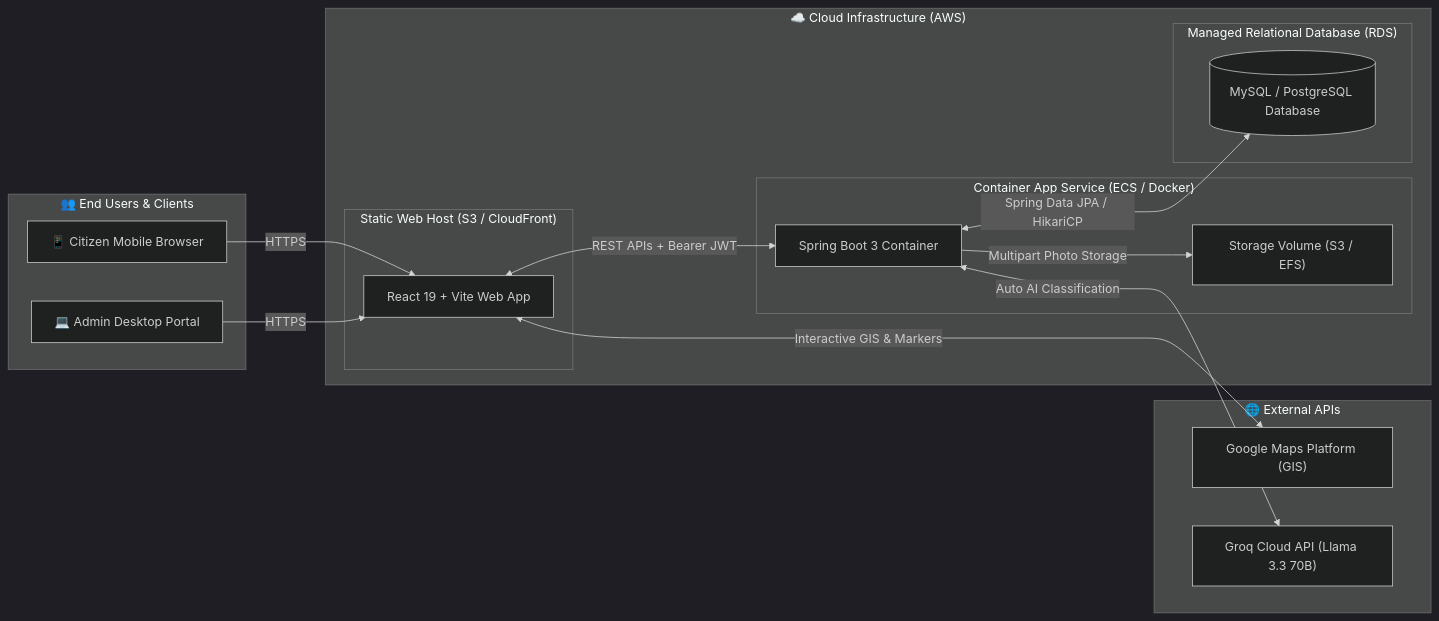
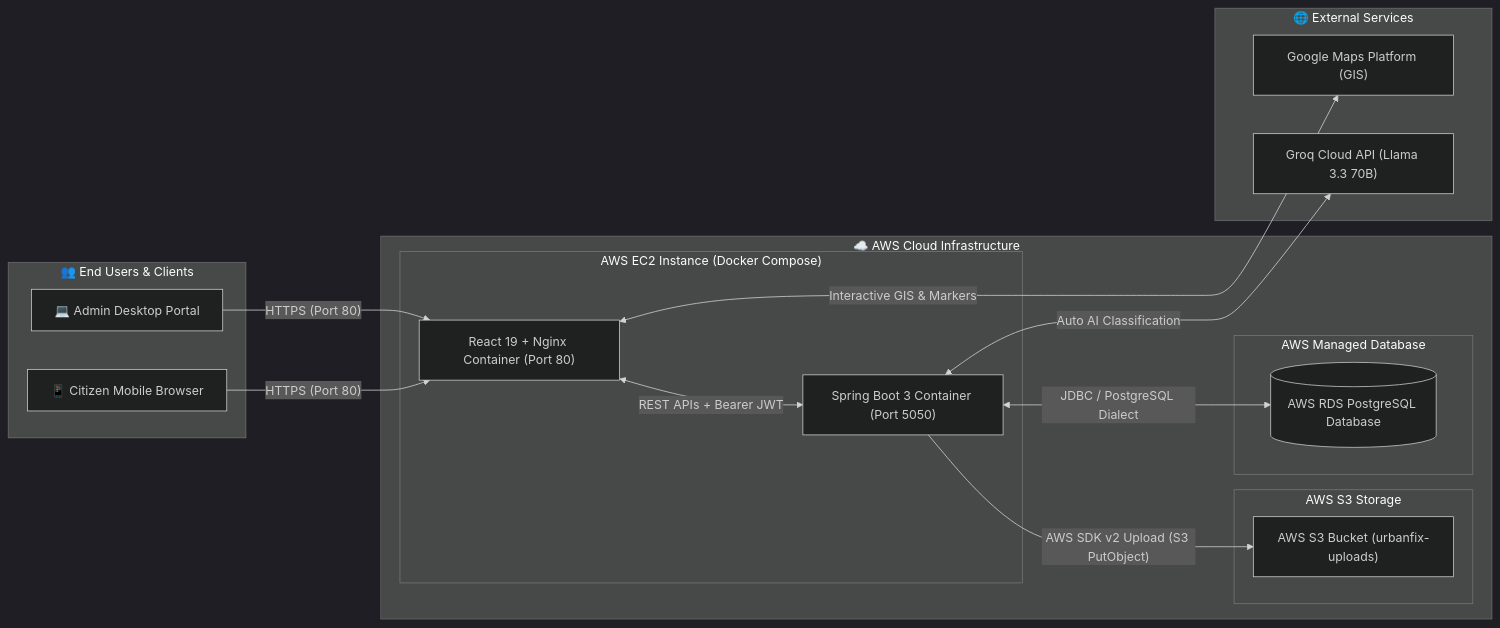
One commit to SHIBAM-GHOSH/UrbanFix changed the fourth of 4 diagrams in README.md. Above: the diagram before and after it, drawn with Mermaid (dark theme). The commit also changed other lines of this file and 2 other files, not shown here.

````diff
--- a/README.md
+++ b/README.md
@@ -226,35 +238,35 @@
 ```mermaid
 flowchart LR
     subgraph Clients ["👥 End Users & Clients"]
         CitizenDev["📱 Citizen Mobile Browser"]
         AdminDev["💻 Admin Desktop Portal"]
     end
 
-    subgraph AWSCloud ["☁️ Cloud Infrastructure (AWS)"]
-        subgraph FrontendApp ["Static Web Host (S3 / CloudFront)"]
-            StaticSite["React 19 + Vite Web App"]
+    subgraph AWSCloud ["☁️ AWS Cloud Infrastructure"]
+        subgraph EC2Host ["AWS EC2 Instance (Docker Compose)"]
+            FrontendContainer["React 19 + Nginx Container (Port 80)"]
+            BackendContainer["Spring Boot 3 Container (Port 5050)"]
         end
 
-        subgraph BackendApp ["Container App Service (ECS / Docker)"]
-            DockerApp["Spring Boot 3 Container"]
-            UploadStore["Storage Volume (S3 / EFS)"]
+        subgraph S3Storage ["AWS S3 Storage"]
+            S3Bucket["AWS S3 Bucket (urbanfix-uploads)"]
         end
 
-        subgraph DatabaseService ["Managed Relational Database (RDS)"]
-            RelationalDB[("MySQL / PostgreSQL Database")]
+        subgraph RDSInstance ["AWS Managed Database"]
+            RDSPostgres[("AWS RDS PostgreSQL Database")]
         end
     end
 
-    subgraph ExternalAPIs ["🌐 External APIs"]
+    subgraph ExternalAPIs ["🌐 External Services"]
         GoogleMapsAPI["Google Maps Platform (GIS)"]
         GroqAIAPI["Groq Cloud API (Llama 3.3 70B)"]
     end
 
-    CitizenDev -->|"HTTPS"| StaticSite
-    AdminDev -->|"HTTPS"| StaticSite
-    StaticSite <-->|"REST APIs + Bearer JWT"| DockerApp
-    StaticSite <-->|"Interactive GIS & Markers"| GoogleMapsAPI
-    DockerApp <-->|"Auto AI Classification"| GroqAIAPI
-    DockerApp -->|"Multipart Photo Storage"| UploadStore
-    DockerApp <-->|"Spring Data JPA / HikariCP"| RelationalDB
+    CitizenDev -->|"HTTPS (Port 80)"| FrontendContainer
+    AdminDev -->|"HTTPS (Port 80)"| FrontendContainer
+    FrontendContainer <-->|"REST APIs + Bearer JWT"| BackendContainer
+    FrontendContainer <-->|"Interactive GIS & Markers"| GoogleMapsAPI
+    BackendContainer <-->|"Auto AI Classification"| GroqAIAPI
+    BackendContainer -->|"AWS SDK v2 Upload (S3 PutObject)"| S3Bucket
+    BackendContainer <-->|"JDBC / PostgreSQL Dialect"| RDSPostgres
 ```
````
